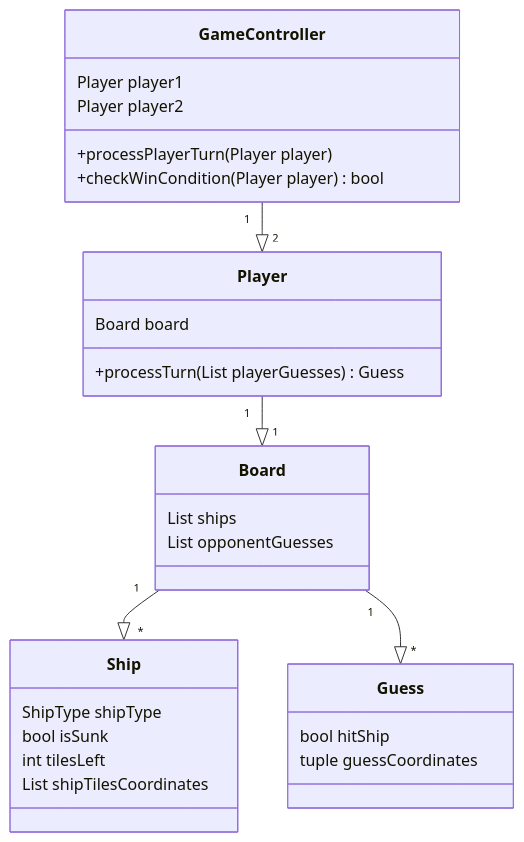
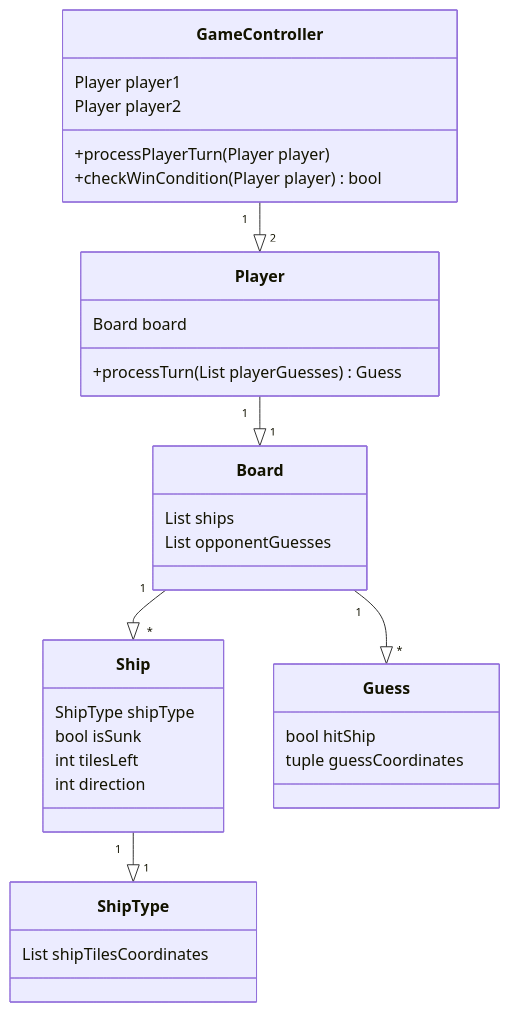
The diagram in laivanupotuspeli/dokumentaatio/arkkitehtuuri.md (BlueShiftButterfly/Ohjelmistotekniikka), drawn with Mermaid before and after one commit.

Commit message:
Update graph

````diff
--- a/laivanupotuspeli/dokumentaatio/arkkitehtuuri.md
+++ b/laivanupotuspeli/dokumentaatio/arkkitehtuuri.md
@@ -5,34 +5,38 @@
 ```mermaid
  classDiagram
 
     Player "1" --|> "1" Board
     Board "1" --|> "*" Ship
     Board "1" --|> "*" Guess
     GameController "1" --|> "2" Player
+    Ship "1" --|> "1" ShipType
 
     class Guess{
         bool hitShip
         tuple guessCoordinates
     }
     class Player{
         Board board
         +processTurn(List<Guess> playerGuesses) Guess
     }
     class Ship{
         ShipType shipType
         bool isSunk
         int tilesLeft
-        List<tuple> shipTilesCoordinates
+        int direction
     }
     class Board{
         List<Ship> ships
         List<Guess> opponentGuesses
     }
     class GameController {
         Player player1        
         Player player2
 
         +processPlayerTurn(Player player)
         +checkWinCondition(Player player) bool
     }
+    class ShipType{
+        List<tuple> shipTilesCoordinates
+    }
 ```
````
